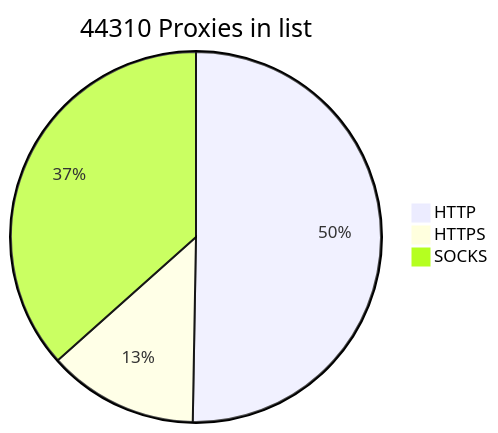
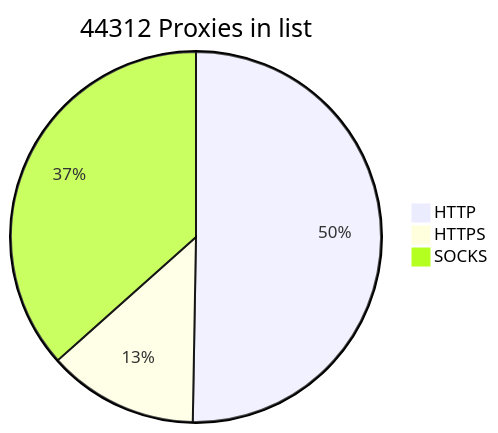
The diagram in README.md (BlackSnowDot/proxylist-update-every-minute), drawn with Mermaid before and after one commit.

````diff
--- a/README.md
+++ b/README.md
@@ -2,6 +2,6 @@
 ```mermaid
-pie title 44310 Proxies in list
+pie title 44312 Proxies in list
     "HTTP" : 24853
-    "HTTPS": 6490
+    "HTTPS": 6492
     "SOCKS" : 18087
 ```
````
